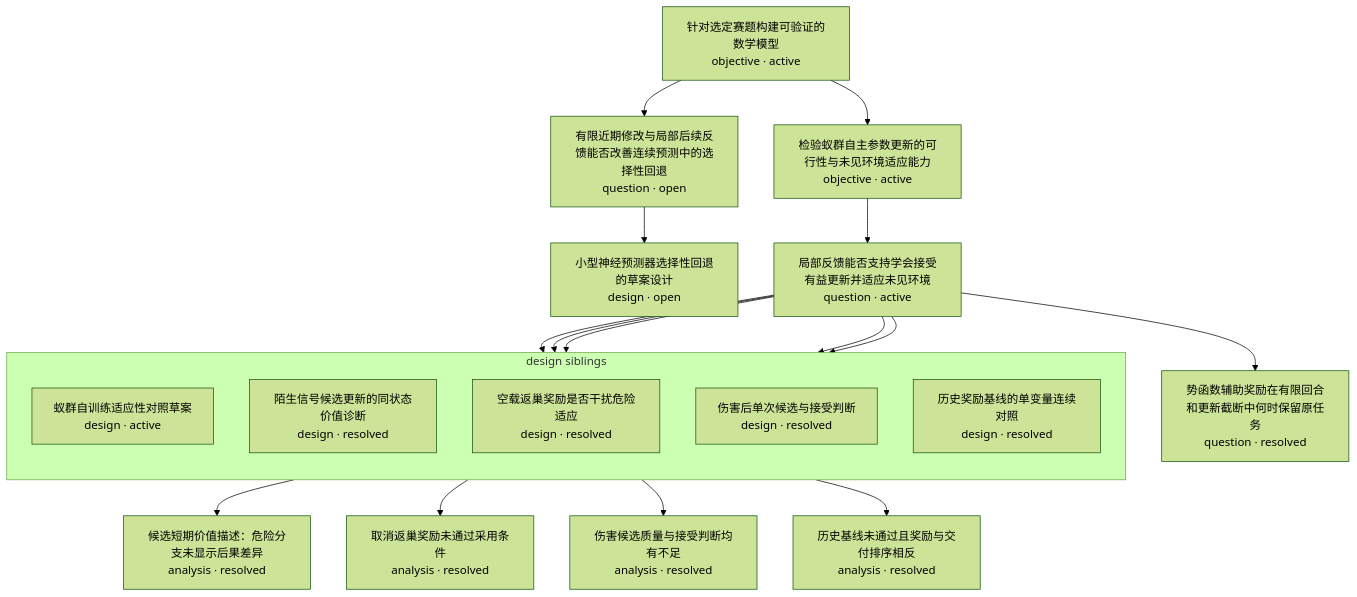
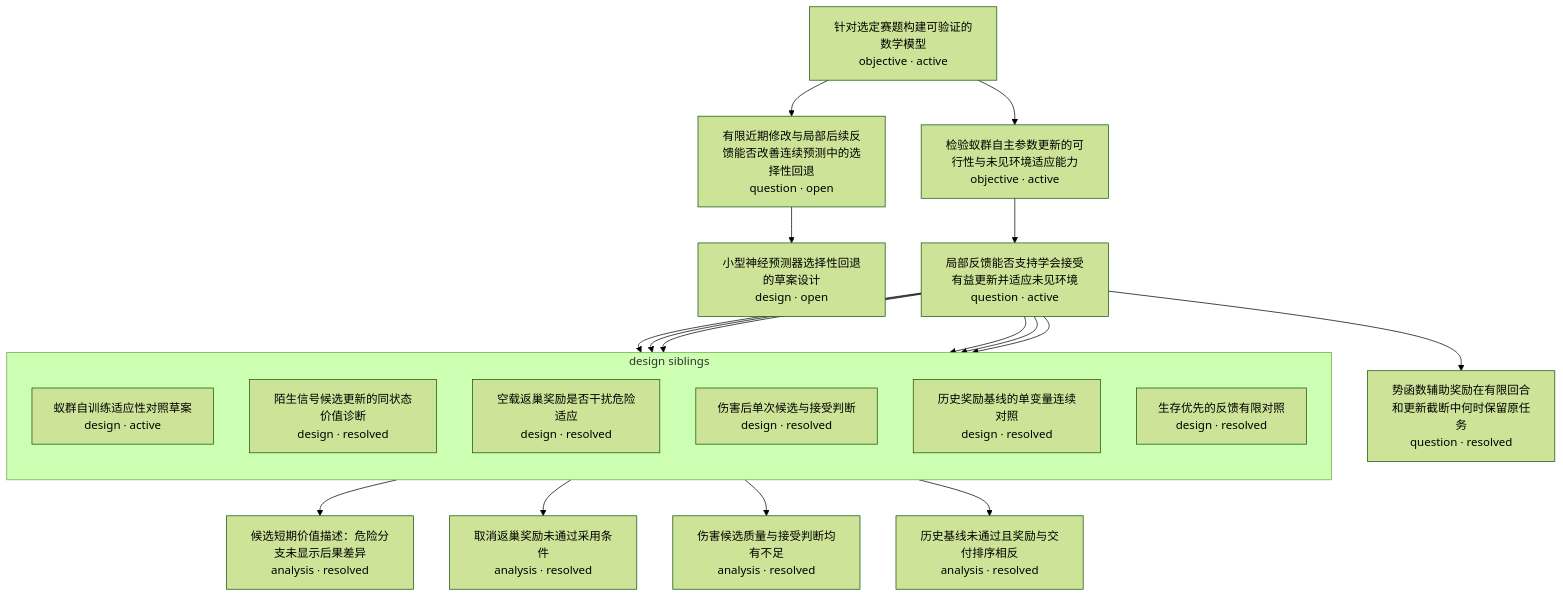
Before and after one commit to Akira-TL/Antomony: the diagram in research-tree/README.md, drawn with Mermaid (forest theme). The commit also changed other lines of this file and 1 other file, not shown here.

Commit message:
CHORE: (research) register frozen survival feedback design

````diff
--- a/research-tree/README.md
+++ b/research-tree/README.md
@@ -5,35 +5,37 @@
 ```mermaid
 flowchart TD
     N1["针对选定赛题构建可验证的数学模型<br/>objective · active"]
     N2["有限近期修改与局部后续反馈能否改善连续预测中的选择性回退<br/>question · open"]
     N3["小型神经预测器选择性回退的草案设计<br/>design · open"]
     N4["检验蚁群自主参数更新的可行性与未见环境适应能力<br/>objective · active"]
     N5["局部反馈能否支持学会接受有益更新并适应未见环境<br/>question · active"]
     N8["候选短期价值描述：危险分支未显示后果差异<br/>analysis · resolved"]
     N10["取消返巢奖励未通过采用条件<br/>analysis · resolved"]
     N12["伤害候选质量与接受判断均有不足<br/>analysis · resolved"]
     N14["历史基线未通过且奖励与交付排序相反<br/>analysis · resolved"]
     N15["势函数辅助奖励在有限回合和更新截断中何时保留原任务<br/>question · resolved"]
     subgraph G5_design["design siblings"]
         direction TB
         N6["蚁群自训练适应性对照草案<br/>design · active"]
         N7["陌生信号候选更新的同状态价值诊断<br/>design · resolved"]
         N9["空载返巢奖励是否干扰危险适应<br/>design · resolved"]
         N11["伤害后单次候选与接受判断<br/>design · resolved"]
         N13["历史奖励基线的单变量连续对照<br/>design · resolved"]
+        N16["生存优先的反馈有限对照<br/>design · resolved"]
     end
     N1 --> N2
     N2 --> N3
     N1 --> N4
     N4 --> N5
     N5 --> N6
     N5 --> N7
     N7 --> N8
     N5 --> N9
     N9 --> N10
     N5 --> N11
     N11 --> N12
     N5 --> N13
     N13 --> N14
     N5 --> N15
+    N5 --> N16
 ```
````
